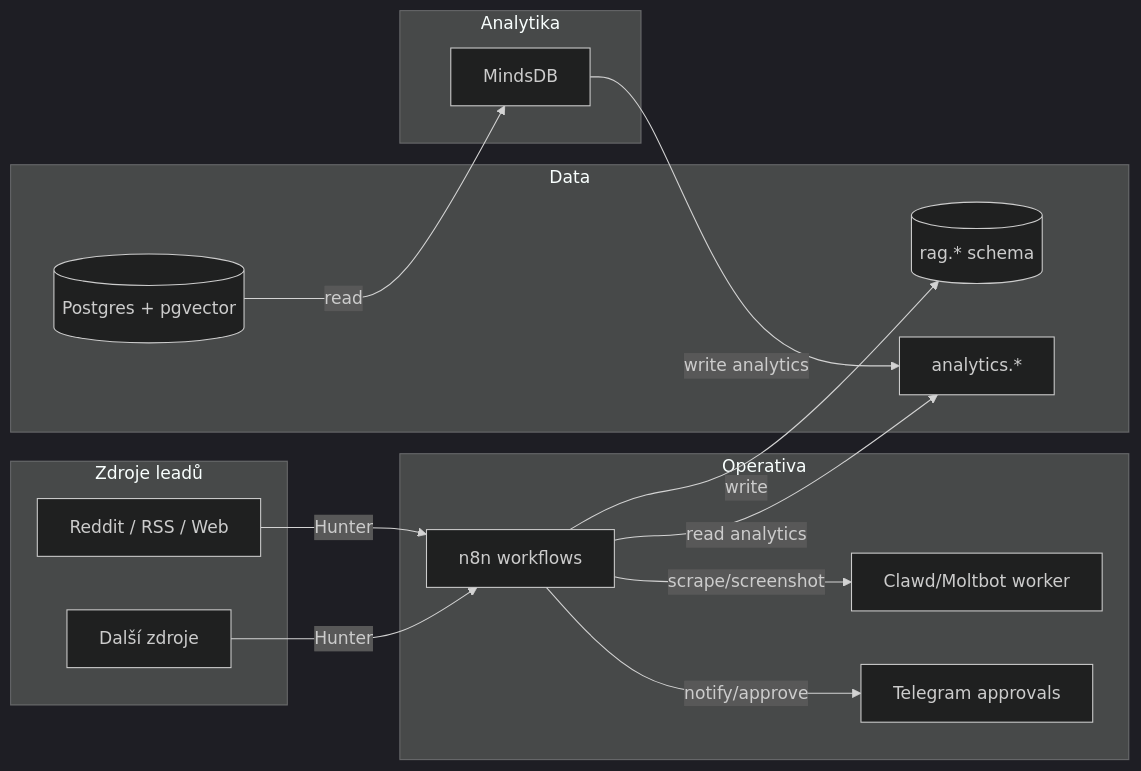
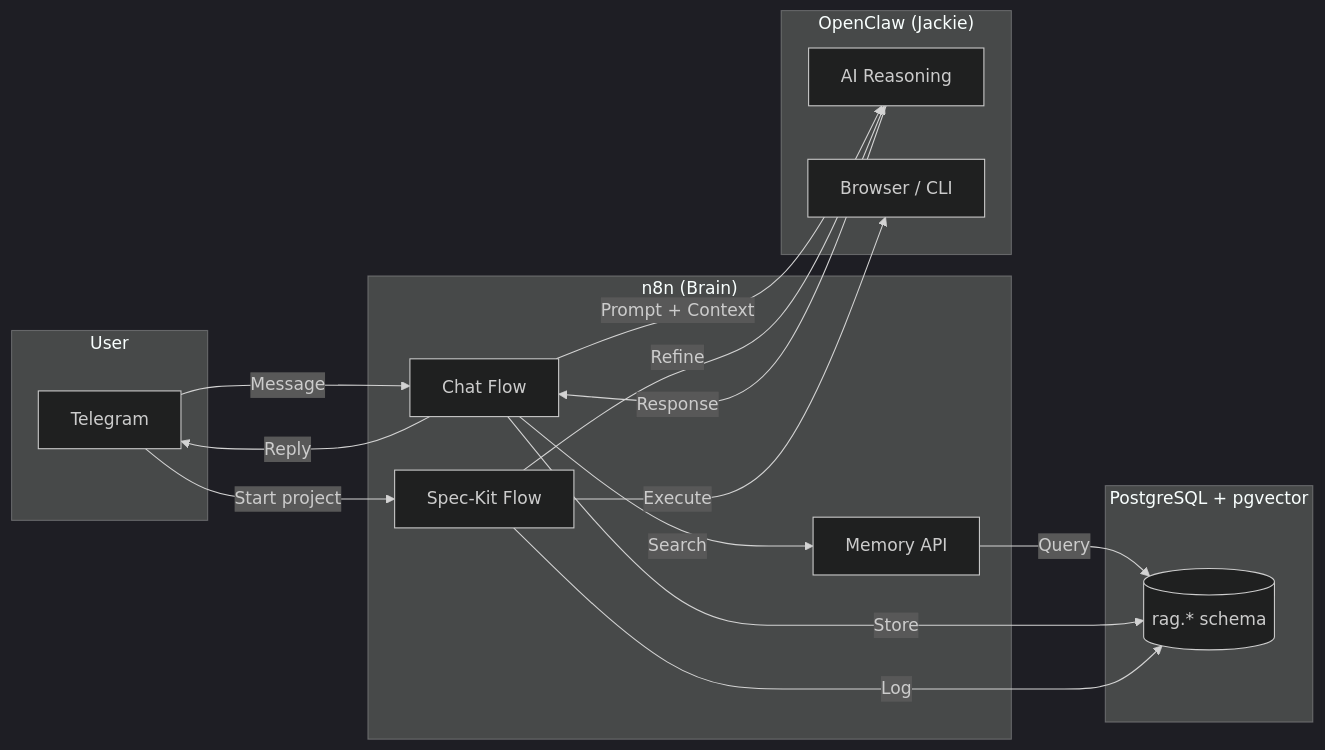
The diagram in README.md (HonzaHezina/janAGI), drawn with Mermaid (dark theme) before and after one commit. The commit also changed other lines of this file and 15 other files, not shown here.

First line of the commit message:
Refactor memory architecture and workflows for janAGI

````diff
--- a/README.md
+++ b/README.md
@@ -21,33 +22,34 @@
 ```mermaid
 flowchart LR
-  subgraph Sources[Zdroje leadů]
-    A1[Reddit / RSS / Web]
-    A2[Další zdroje]
+  subgraph User
+    TG[Telegram]
   end
 
-  subgraph Ops[Operativa]
-    N8N[n8n workflows]
-    CL[Clawd/Moltbot worker]
-    TG[Telegram approvals]
+  subgraph Orchestrator["n8n (Brain)"]
+    CHAT[Chat Flow]
+    SPEC[Spec-Kit Flow]
+    MEM_API[Memory API]
   end
 
-  subgraph Data[Data]
-    PG[(Postgres + pgvector)]
+  subgraph Data["PostgreSQL + pgvector"]
     RAG[(rag.* schema)]
-    ANA[analytics.*]
   end
 
-  subgraph BI[Analytika]
-    MDB[MindsDB]
+  subgraph Agent["OpenClaw (Jackie)"]
+    LLM[AI Reasoning]
+    TOOLS[Browser / CLI]
   end
 
-  A1 -->|Hunter| N8N
-  A2 -->|Hunter| N8N
-  N8N -->|scrape/screenshot| CL
-  N8N -->|write| RAG
-  N8N -->|notify/approve| TG
+  TG -->|Message| CHAT
+  CHAT -->|Search| MEM_API
+  MEM_API -->|Query| RAG
+  CHAT -->|Prompt + Context| LLM
+  LLM -->|Response| CHAT
+  CHAT -->|Store| RAG
+  CHAT -->|Reply| TG
 
-  PG -->|read| MDB
-  MDB -->|write analytics| ANA
-  N8N -->|read analytics| ANA
+  TG -->|"Start project"| SPEC
+  SPEC -->|Refine| LLM
+  SPEC -->|Execute| TOOLS
+  SPEC -->|Log| RAG
 ```
````
